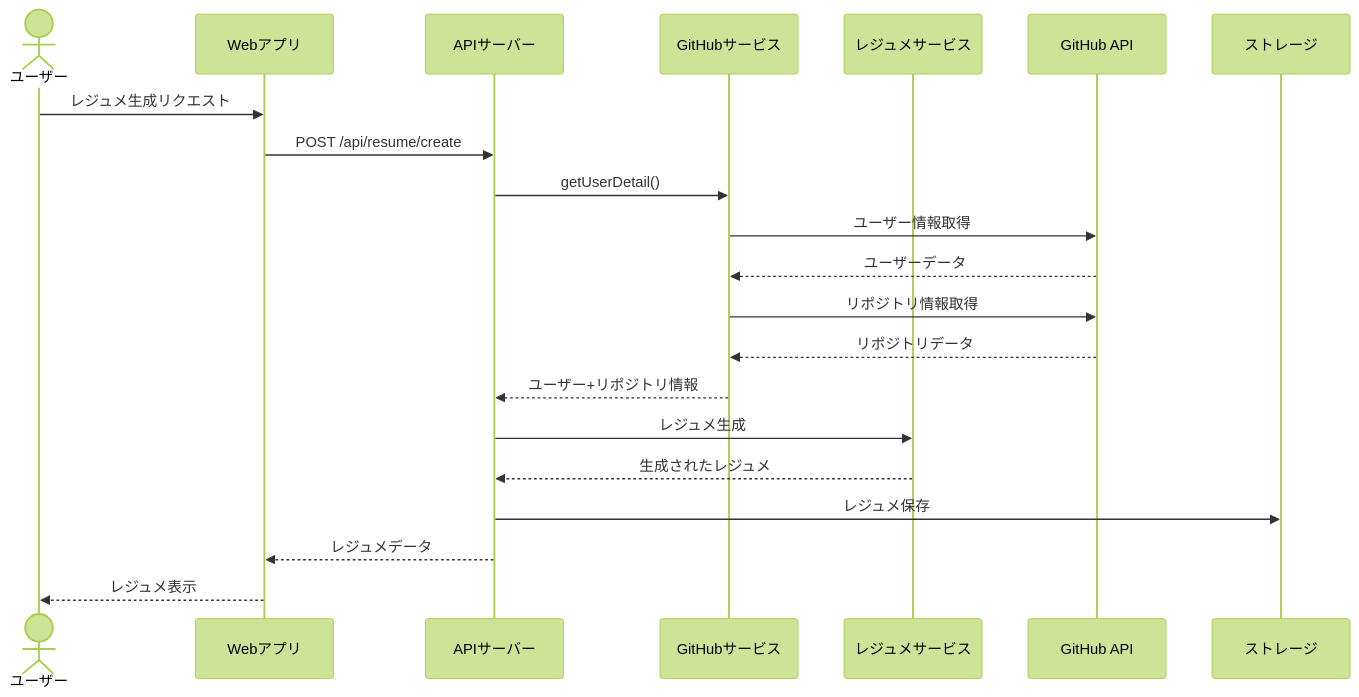
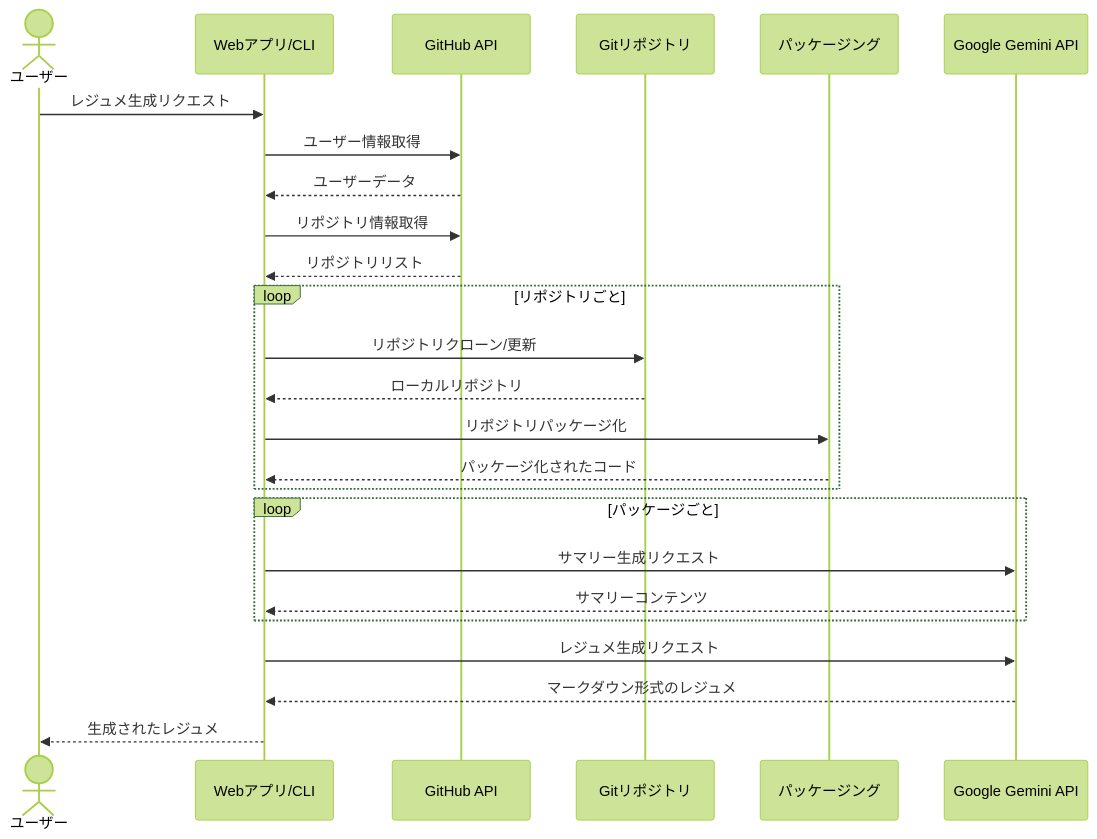
Before and after one commit to ToyB0x/git-resume: the second of 3 diagrams in docs/architecture/overview.md, drawn with Mermaid (forest theme). The commit also changed other lines of this file and 6 other files, not shown here.

````diff
--- a/docs/architecture/overview.md
+++ b/docs/architecture/overview.md
@@ -55,24 +54,31 @@
 ```mermaid
 sequenceDiagram
     actor User as ユーザー
-    participant Web as Webアプリ
-    participant API as APIサーバー
-    participant GithubSvc as GitHubサービス
-    participant ResumeSvc as レジュメサービス
+    participant App as Webアプリ/CLI
     participant GitHub as GitHub API
-    participant Storage as ストレージ
+    participant Git as Gitリポジトリ
+    participant Pack as パッケージング
+    participant Gemini as Google Gemini API
     
-    User->>Web: レジュメ生成リクエスト
-    Web->>API: POST /api/resume/create
-    API->>GithubSvc: getUserDetail()
-    GithubSvc->>GitHub: ユーザー情報取得
-    GitHub-->>GithubSvc: ユーザーデータ
-    GithubSvc->>GitHub: リポジトリ情報取得
-    GitHub-->>GithubSvc: リポジトリデータ
-    GithubSvc-->>API: ユーザー+リポジトリ情報
-    API->>ResumeSvc: レジュメ生成
-    ResumeSvc-->>API: 生成されたレジュメ
-    API->>Storage: レジュメ保存
-    API-->>Web: レジュメデータ
-    Web-->>User: レジュメ表示
+    User->>App: レジュメ生成リクエスト
+    App->>GitHub: ユーザー情報取得
+    GitHub-->>App: ユーザーデータ
+    App->>GitHub: リポジトリ情報取得
+    GitHub-->>App: リポジトリリスト
+    
+    loop リポジトリごと
+        App->>Git: リポジトリクローン/更新
+        Git-->>App: ローカルリポジトリ
+        App->>Pack: リポジトリパッケージ化
+        Pack-->>App: パッケージ化されたコード
+    end
+    
+    loop パッケージごと
+        App->>Gemini: サマリー生成リクエスト
+        Gemini-->>App: サマリーコンテンツ
+    end
+    
+    App->>Gemini: レジュメ生成リクエスト
+    Gemini-->>App: マークダウン形式のレジュメ
+    App-->>User: 生成されたレジュメ
 ```
````
